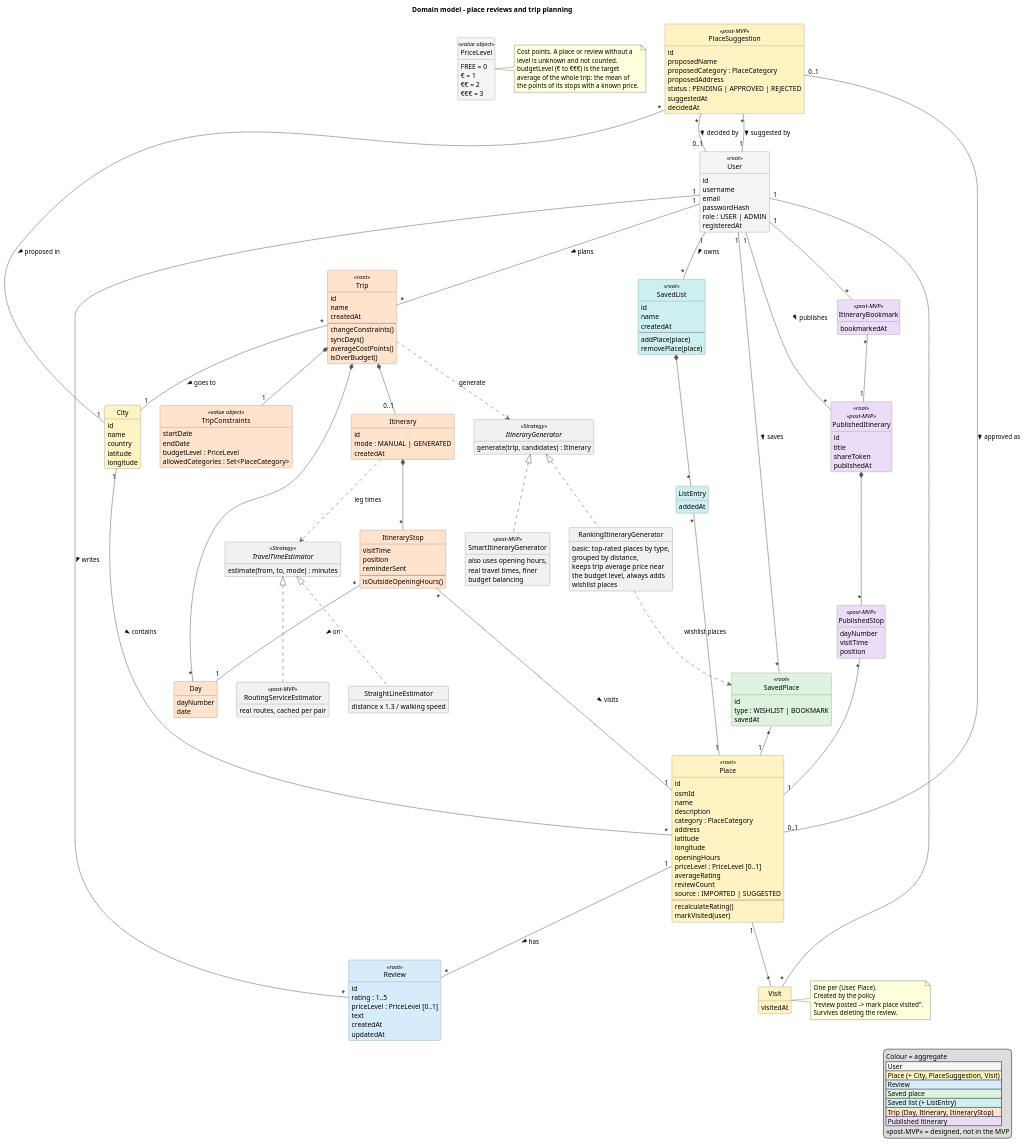
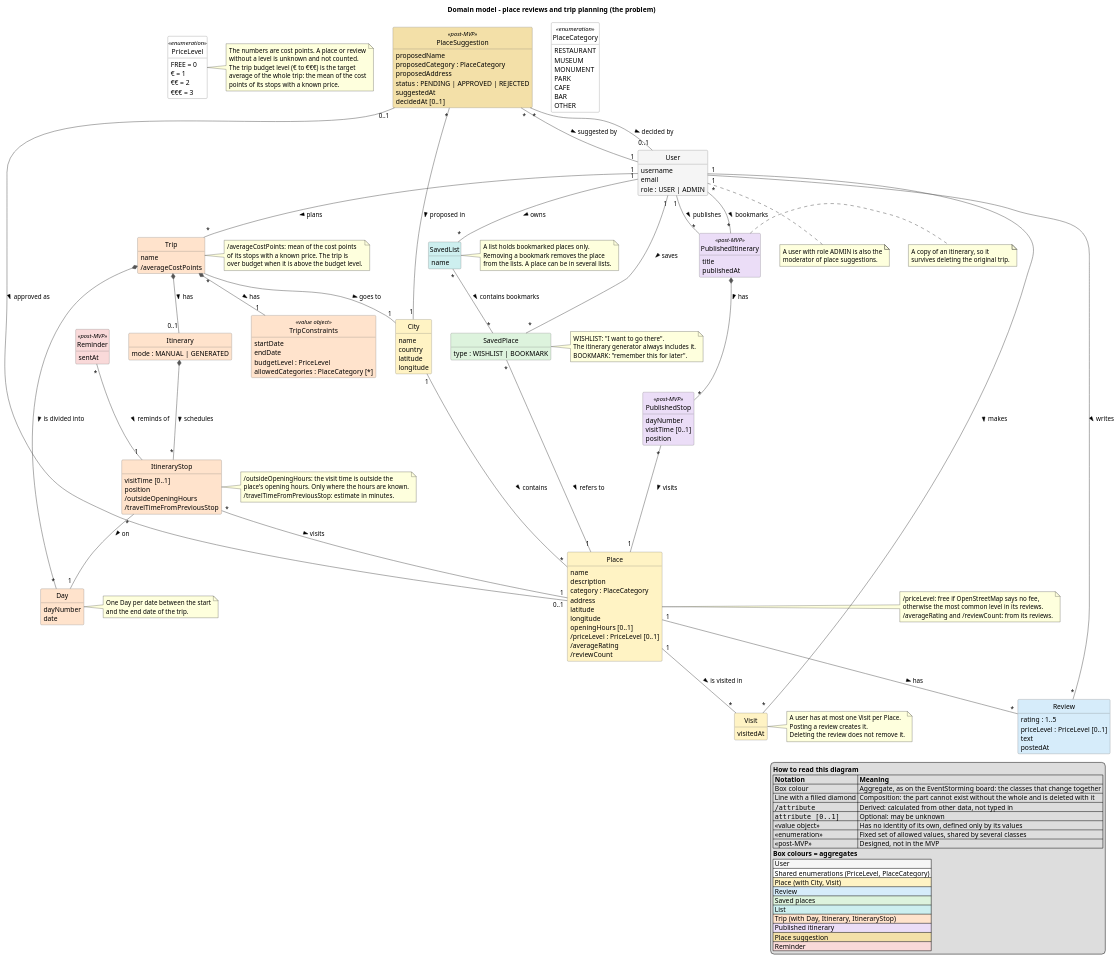
One commit to MESW-LES-2627/les-project-group-7 changed the diagram in docs/design/domain-model.puml. Above: the diagram before and after it, drawn with PlantUML. The commit also changed 9 other files, not shown here.

```diff
--- a/docs/design/domain-model.puml
+++ b/docs/design/domain-model.puml
@@ -1,5 +1,5 @@
 @startuml domain-model
-title Domain model – place reviews and trip planning
+title Domain model – place reviews and trip planning (the problem)
 skinparam classAttributeIconSize 0
 skinparam shadowing false
 skinparam nodesep 40
@@ -10,236 +10,222 @@
 hide circle
 
 legend right
-  Colour = aggregate
+  **How to read this diagram**
+  |= Notation |= Meaning |
+  | Box colour | Aggregate, as on the EventStorming board: the classes that change together |
+  | Line with a filled diamond | Composition: the part cannot exist without the whole and is deleted with it |
+  | ""/attribute"" | Derived: calculated from other data, not typed in |
+  | ""attribute [0..1]"" | Optional: may be unknown |
+  | <<value object>> | Has no identity of its own, defined only by its values |
+  | <<enumeration>> | Fixed set of allowed values, shared by several classes |
+  | <<post-MVP>> | Designed, not in the MVP |
+  **Box colours = aggregates**
   |<#F5F5F5> User |
-  |<#FFF3C4> Place (+ City, PlaceSuggestion, Visit) |
+  |<#FFFFFF> Shared enumerations (PriceLevel, PlaceCategory) |
+  |<#FFF3C4> Place (with City, Visit) |
   |<#D6ECFA> Review |
-  |<#DDF3DD> Saved place |
-  |<#CDEFEF> Saved list (+ ListEntry) |
-  |<#FFE3CC> Trip (Day, Itinerary, ItineraryStop) |
+  |<#DDF3DD> Saved places |
+  |<#CDEFEF> List |
+  |<#FFE3CC> Trip (with Day, Itinerary, ItineraryStop) |
   |<#EBDDF7> Published itinerary |
-  <<post-MVP>> = designed, not in the MVP
+  |<#F3E0A8> Place suggestion |
+  |<#F9D9D9> Reminder |
 endlegend
 
-class User <<root>> #F5F5F5 {
-  id
+class User #F5F5F5 {
   username
   email
-  passwordHash
   role : USER | ADMIN
-  registeredAt
 }
+note bottom of User
+  A user with role ADMIN is also the
+  moderator of place suggestions.
+end note
 
-enum PriceLevel <<value object>> #F5F5F5 {
+enum PriceLevel <<enumeration>> #FFFFFF {
   FREE = 0
   € = 1
   €€ = 2
   €€€ = 3
 }
 note right of PriceLevel
-  Cost points. A place or review without a
-  level is unknown and not counted.
-  budgetLevel (€ to €€€) is the target
-  average of the whole trip: the mean of
-  the points of its stops with a known price.
+  The numbers are cost points. A place or review
+  without a level is unknown and not counted.
+  The trip budget level (€ to €€€) is the target
+  average of the whole trip: the mean of the cost
+  points of its stops with a known price.
 end note
 
+enum PlaceCategory <<enumeration>> #FFFFFF {
+  RESTAURANT
+  MUSEUM
+  MONUMENT
+  PARK
+  CAFE
+  BAR
+  OTHER
+}
+
 class City #FFF3C4 {
-  id
   name
   country
   latitude
   longitude
 }
 
-class Place <<root>> #FFF3C4 {
-  id
-  osmId
+class Place #FFF3C4 {
   name
   description
   category : PlaceCategory
   address
   latitude
   longitude
-  openingHours
-  priceLevel : PriceLevel [0..1]
-  averageRating
-  reviewCount
-  source : IMPORTED | SUGGESTED
-  --
-  recalculateRating()
-  markVisited(user)
+  openingHours [0..1]
+  /priceLevel : PriceLevel [0..1]
+  /averageRating
+  /reviewCount
 }
+note right of Place
+  /priceLevel: free if OpenStreetMap says no fee,
+  otherwise the most common level in its reviews.
+  /averageRating and /reviewCount: from its reviews.
+end note
 
-class PlaceSuggestion <<post-MVP>> #FFF3C4 {
-  id
+class PlaceSuggestion <<post-MVP>> #F3E0A8 {
   proposedName
   proposedCategory : PlaceCategory
   proposedAddress
   status : PENDING | APPROVED | REJECTED
   suggestedAt
-  decidedAt
+  decidedAt [0..1]
 }
 
-class Review <<root>> #D6ECFA {
-  id
+class Review #D6ECFA {
   rating : 1..5
   priceLevel : PriceLevel [0..1]
   text
-  createdAt
-  updatedAt
+  postedAt
 }
 
 class Visit #FFF3C4 {
   visitedAt
 }
 note right of Visit
-  One per (User, Place).
-  Created by the policy
-  "review posted -> mark place visited".
-  Survives deleting the review.
+  A user has at most one Visit per Place.
+  Posting a review creates it.
+  Deleting the review does not remove it.
 end note
 
-class SavedPlace <<root>> #DDF3DD {
-  id
+class SavedPlace #DDF3DD {
   type : WISHLIST | BOOKMARK
-  savedAt
 }
+note right of SavedPlace
+  WISHLIST: "I want to go there".
+  The itinerary generator always includes it.
+  BOOKMARK: "remember this for later".
+end note
 
-class SavedList <<root>> #CDEFEF {
-  id
+class SavedList #CDEFEF {
   name
-  createdAt
-  --
-  addPlace(place)
-  removePlace(place)
 }
+note right of SavedList
+  A list holds bookmarked places only.
+  Removing a bookmark removes the place
+  from the lists. A place can be in several lists.
+end note
 
-class ListEntry #CDEFEF {
-  addedAt
+class Trip #FFE3CC {
+  name
+  /averageCostPoints
 }
-
-class Trip <<root>> #FFE3CC {
-  id
-  name
-  createdAt
-  --
-  changeConstraints()
-  syncDays()
-  averageCostPoints()
-  isOverBudget()
-}
+note right of Trip
+  /averageCostPoints: mean of the cost points
+  of its stops with a known price. The trip is
+  over budget when it is above the budget level.
+end note
 
 class TripConstraints <<value object>> #FFE3CC {
   startDate
   endDate
   budgetLevel : PriceLevel
-  allowedCategories : Set<PlaceCategory>
+  allowedCategories : PlaceCategory [*]
 }
 
 class Day #FFE3CC {
   dayNumber
   date
 }
+note right of Day
+  One Day per date between the start
+  and the end date of the trip.
+end note
 
 class Itinerary #FFE3CC {
-  id
   mode : MANUAL | GENERATED
-  createdAt
 }
 
 class ItineraryStop #FFE3CC {
-  visitTime
+  visitTime [0..1]
   position
-  reminderSent
-  --
-  isOutsideOpeningHours()
+  /outsideOpeningHours
+  /travelTimeFromPreviousStop
+}
+note right of ItineraryStop
+  /outsideOpeningHours: the visit time is outside the
+  place's opening hours. Only where the hours are known.
+  /travelTimeFromPreviousStop: estimate in minutes.
+end note
+
+class Reminder <<post-MVP>> #F9D9D9 {
+  sentAt
 }
 
-class PublishedItinerary <<root>> <<post-MVP>> #EBDDF7 {
-  id
+class PublishedItinerary <<post-MVP>> #EBDDF7 {
   title
-  shareToken
   publishedAt
 }
+note right of PublishedItinerary
+  A copy of an itinerary, so it
+  survives deleting the original trip.
+end note
 
 class PublishedStop <<post-MVP>> #EBDDF7 {
   dayNumber
-  visitTime
+  visitTime [0..1]
   position
-}
-
-class ItineraryBookmark <<post-MVP>> #EBDDF7 {
-  bookmarkedAt
-}
-
-interface ItineraryGenerator <<Strategy>> {
-  generate(trip, candidates) : Itinerary
-}
-class RankingItineraryGenerator {
-  basic: top-rated places by type,
-  grouped by distance,
-  keeps trip average price near
-  the budget level, always adds
-  wishlist places
-}
-class SmartItineraryGenerator <<post-MVP>> {
-  also uses opening hours,
-  real travel times, finer
-  budget balancing
-}
-
-interface TravelTimeEstimator <<Strategy>> {
-  estimate(from, to, mode) : minutes
-}
-class StraightLineEstimator {
-  distance x 1.3 / walking speed
-}
-class RoutingServiceEstimator <<post-MVP>> {
-  real routes, cached per pair
 }
 
 ' --- User / Place / Review ---
 User "1" -- "*" Review : writes >
 Place "1" -- "*" Review : has >
-User "1" -- "*" Visit
-Place "1" -- "*" Visit
+User "1" -- "*" Visit : makes >
+Place "1" -- "*" Visit : is visited in >
 City "1" -- "*" Place : contains >
 PlaceSuggestion "*" -- "1" User : suggested by >
 PlaceSuggestion "*" -- "0..1" User : decided by >
 PlaceSuggestion "*" -- "1" City : proposed in >
 PlaceSuggestion "0..1" -- "0..1" Place : approved as >
 
-' --- Saved place and lists ---
+' --- Saved places and lists ---
 User "1" -- "*" SavedPlace : saves >
-SavedPlace "*" -- "1" Place
+SavedPlace "*" -- "1" Place : refers to >
 User "1" -- "*" SavedList : owns >
-SavedList *-- "*" ListEntry
-ListEntry "*" -- "1" Place
+SavedList "*" -- "*" SavedPlace : contains bookmarks >
 
 ' --- Trip ---
 User "1" -- "*" Trip : plans >
 Trip "*" -- "1" City : goes to >
-Trip *-- "1" TripConstraints
-Trip *-- "*" Day
-Trip *-- "0..1" Itinerary
-Itinerary *-- "*" ItineraryStop
+Trip *-- "1" TripConstraints : has >
+Trip *-- "*" Day : is divided into >
+Trip *-- "0..1" Itinerary : has >
+Itinerary *-- "*" ItineraryStop : schedules >
 ItineraryStop "*" -- "1" Day : on >
 ItineraryStop "*" -- "1" Place : visits >
+Reminder "*" -- "1" ItineraryStop : reminds of >
 
 ' --- Published itinerary ---
 User "1" -- "*" PublishedItinerary : publishes >
-PublishedItinerary *-- "*" PublishedStop
-PublishedStop "*" -- "1" Place
-User "1" -- "*" ItineraryBookmark
-ItineraryBookmark "*" -- "1" PublishedItinerary
-
-' --- Strategies ---
-ItineraryGenerator <|.. RankingItineraryGenerator
-ItineraryGenerator <|.. SmartItineraryGenerator
-Trip ..> ItineraryGenerator : generate
-RankingItineraryGenerator ..> SavedPlace : wishlist places
-TravelTimeEstimator <|.. StraightLineEstimator
-TravelTimeEstimator <|.. RoutingServiceEstimator
-Itinerary ..> TravelTimeEstimator : leg times
+PublishedItinerary *-- "*" PublishedStop : has >
+PublishedStop "*" -- "1" Place : visits >
+User "*" -- "*" PublishedItinerary : bookmarks >
 @enduml
```
